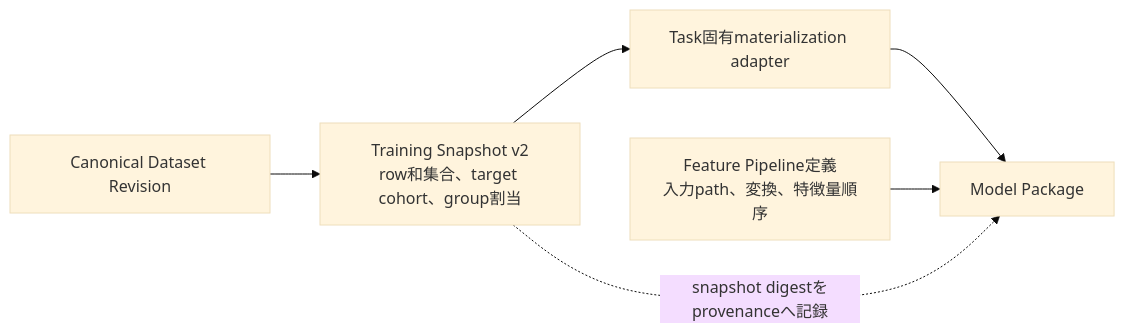
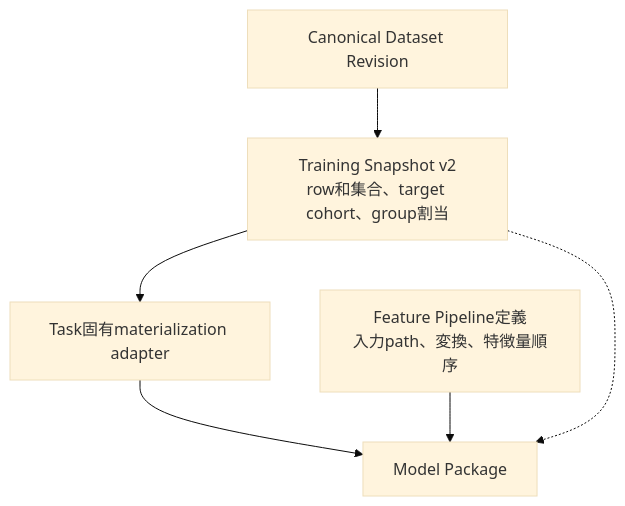
The diagram in docs/learning/chapters/source-to-training-evidence.qmd (mryk814/re-process-dashboard), drawn with Mermaid (base theme) before and after one commit. The commit also changed other lines of this file and 27 other files, not shown here.

````diff
--- a/docs/learning/chapters/source-to-training-evidence.qmd
+++ b/docs/learning/chapters/source-to-training-evidence.qmd
@@ -390,8 +426,8 @@
 ```{mermaid}
-flowchart LR
+flowchart TB
   C["Canonical Dataset Revision"] --> T["Training Snapshot v2<br/>row和集合、target cohort、group割当"]
   T --> A["Task固有materialization adapter"]
   A --> P["Model Package"]
   F["Feature Pipeline定義<br/>入力path、変換、特徴量順序"] --> P
-  T -. "snapshot digestをprovenanceへ記録" .-> P
+  T -.-> P
 ```
````
